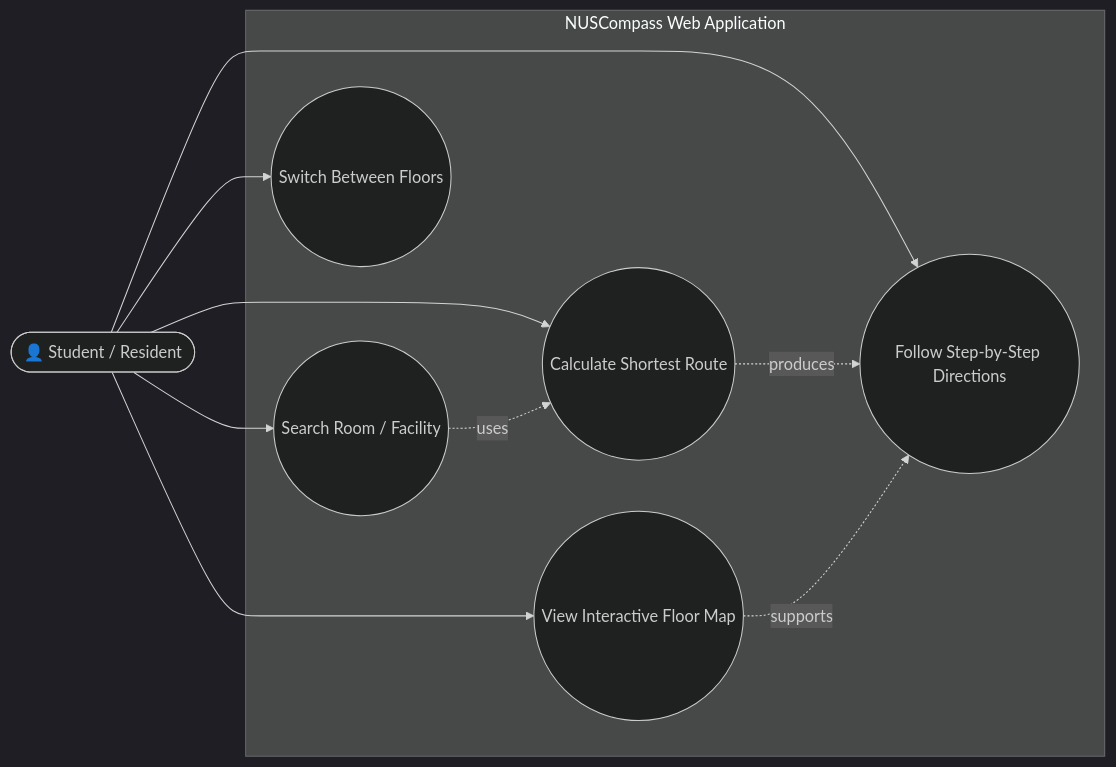
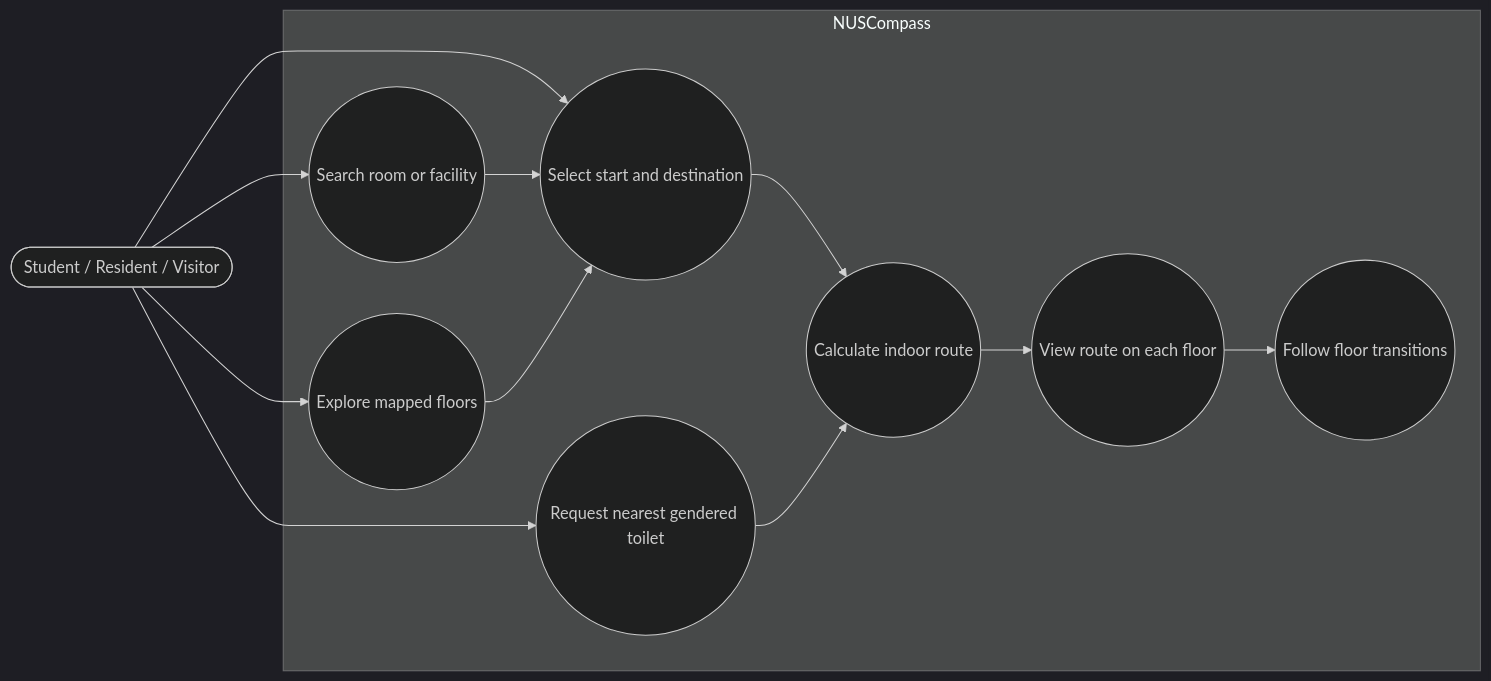
Before and after one commit to Duckmannnn/NUSCompass: the first of 5 diagrams in README.md, drawn with Mermaid (dark theme). The commit also changed other lines of this file, not shown here.

````diff
--- a/README.md
+++ b/README.md
@@ -214,22 +132,26 @@
 ```mermaid
 flowchart LR
-    User([👤 Student / Resident])
+    User([Student / Resident / Visitor])
 
-    subgraph System["NUSCompass Web Application"]
-        UC1((Search Room / Facility))
-        UC2((Calculate Shortest Route))
-        UC3((View Interactive Floor Map))
-        UC4((Switch Between Floors))
-        UC5((Follow Step-by-Step Directions))
+    subgraph App["NUSCompass"]
+        U1((Search room or facility))
+        U2((Explore mapped floors))
+        U3((Select start and destination))
+        U4((Request nearest gendered toilet))
+        U5((Calculate indoor route))
+        U6((View route on each floor))
+        U7((Follow floor transitions))
     end
 
-    User --> UC1
-    User --> UC2
-    User --> UC3
-    User --> UC4
-    User --> UC5
+    User --> U1
+    User --> U2
+    User --> U3
+    User --> U4
 
-    UC1 -.uses.-> UC2
-    UC2 -.produces.-> UC5
-    UC3 -.supports.-> UC5
+    U1 --> U3
+    U2 --> U3
+    U3 --> U5
+    U4 --> U5
+    U5 --> U6
+    U6 --> U7
 ```
````
